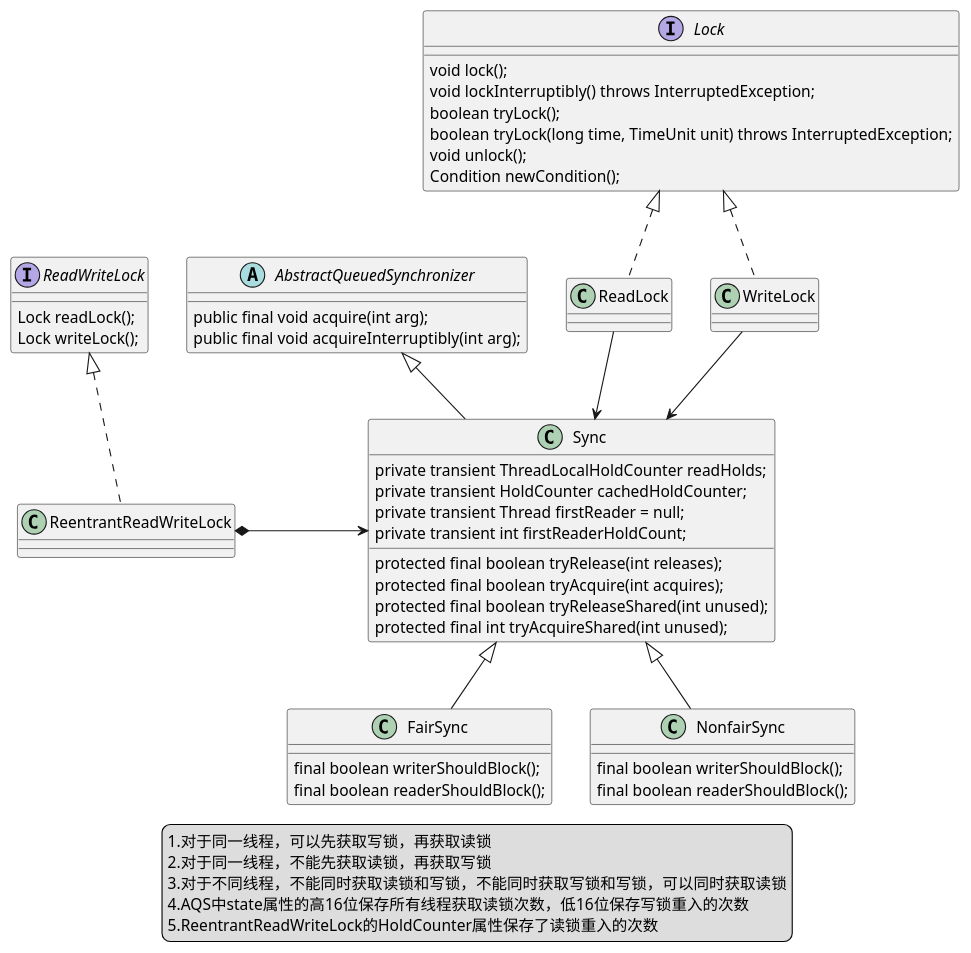
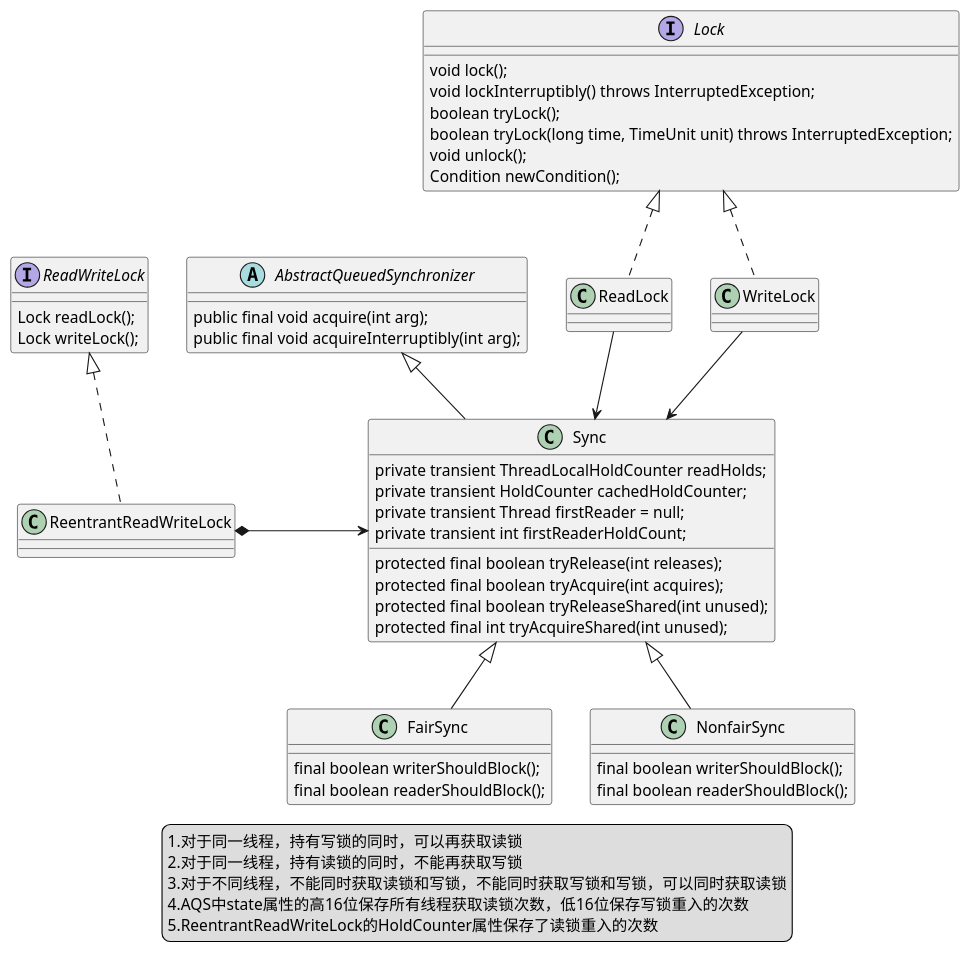
The diagram in uml/AQS/reentrantReadWriteLock-class.puml (newbigTech/myDesignPattern), drawn with PlantUML before and after one commit. The commit also changed 1 other file, not shown here.

```diff
--- a/uml/AQS/reentrantReadWriteLock-class.puml
+++ b/uml/AQS/reentrantReadWriteLock-class.puml
@@ -1,69 +1,69 @@
 @startuml
 interface Lock{
     void lock();
     void lockInterruptibly() throws InterruptedException;
     boolean tryLock();
     boolean tryLock(long time, TimeUnit unit) throws InterruptedException;
     void unlock();
     Condition newCondition();
 }
 
 interface ReadWriteLock {
     Lock readLock();
     Lock writeLock();
 }
 
 class ReentrantReadWriteLock{
 
 }
 
 abstract class AbstractQueuedSynchronizer{
     public final void acquire(int arg);
     public final void acquireInterruptibly(int arg);
 }
 class Sync{
         private transient ThreadLocalHoldCounter readHolds;
         private transient HoldCounter cachedHoldCounter;
         private transient Thread firstReader = null;
         private transient int firstReaderHoldCount;
         protected final boolean tryRelease(int releases);
         protected final boolean tryAcquire(int acquires);
         protected final boolean tryReleaseShared(int unused);
         protected final int tryAcquireShared(int unused);
 }
 class FairSync {
     final boolean writerShouldBlock();
     final boolean readerShouldBlock();
 }
 
 class NonfairSync {
     final boolean writerShouldBlock();
     final boolean readerShouldBlock();
 }
 
 class ReadLock {
 
 }
 class WriteLock {
 
 }
 ReadWriteLock <|.. ReentrantReadWriteLock
 Lock <|.. ReadLock
 Lock <|.. WriteLock
 
 AbstractQueuedSynchronizer <|-- Sync
 Sync <|-- FairSync
 Sync <|-- NonfairSync
 ReadLock --> Sync
 WriteLock --> Sync
 ReentrantReadWriteLock *-> Sync
 
 
 legend center
-    1.对于同一线程，可以先获取写锁，再获取读锁
-    2.对于同一线程，不能先获取读锁，再获取写锁
+    1.对于同一线程，持有写锁的同时，可以再获取读锁
+    2.对于同一线程，持有读锁的同时，不能再获取写锁
     3.对于不同线程，不能同时获取读锁和写锁，不能同时获取写锁和写锁，可以同时获取读锁
     4.AQS中state属性的高16位保存所有线程获取读锁次数，低16位保存写锁重入的次数
     5.ReentrantReadWriteLock的HoldCounter属性保存了读锁重入的次数
 end legend
 @enduml
```
